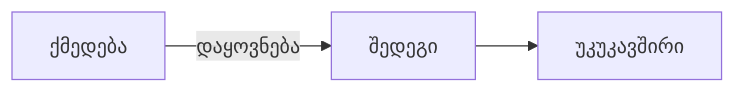
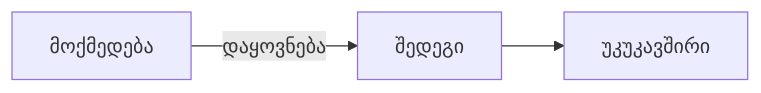
Before and after one commit to DavidTbilisi/BookSummary: the eighth of 25 diagrams in books/src/007.md, drawn with Mermaid. The commit also changed other lines of this file and 10 other files, not shown here.

````diff
--- a/books/src/007.md
+++ b/books/src/007.md
@@ -107,5 +148,4 @@
 ```mermaid
 flowchart LR
-  Action[ქმედება] -->|დაყოვნება| Result[შედეგი]
-  Result --> Feedback[უკუკავშირი]
+  Action[მოქმედება] -->|დაყოვნება| Result[შედეგი] --> Feedback[უკუკავშირი]
 ```
````
